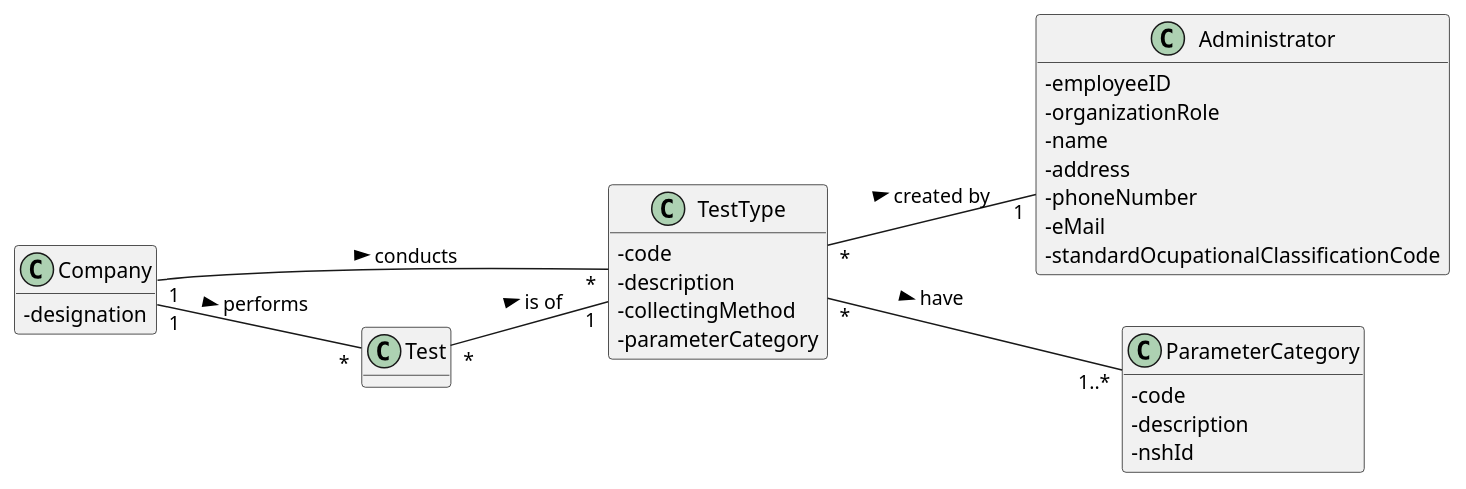
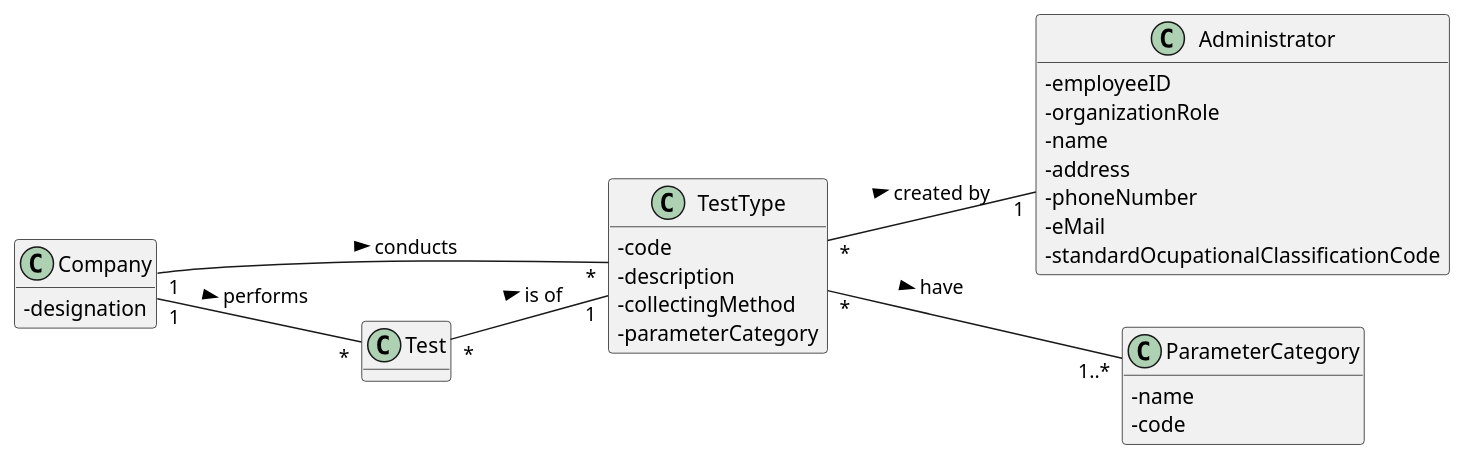
Before and after one commit to RuiRioPina/LAPR2-20-21: the diagram in docs/SprintB/US_9/UC9_MD.puml, drawn with PlantUML. The commit also changed 3 other files, not shown here.

```diff
--- a/docs/SprintB/US_9/UC9_MD.puml
+++ b/docs/SprintB/US_9/UC9_MD.puml
@@ -1,40 +1,39 @@
 @startuml
 skinparam classAttributeIconSize 0
 hide methods
 left to right direction
 
 class TestType {
   -code
   -description
   -collectingMethod
   -parameterCategory
 }
 
 class Company {
   -designation
 }
 
 class Test {
 }
 
 class Administrator {
   -employeeID
   -organizationRole
   -name
   -address
   -phoneNumber
   -eMail
   -standardOcupationalClassificationCode
 }
 
 class ParameterCategory {
+  -name
   -code
-  -description
-  -nshId
 }
 Company "1" -- "*" TestType : conducts >
 Test "*" -- "1" TestType : is of >
 Company "1" -- "*" Test : performs >
 TestType "*" -- "1" Administrator : created by >
 TestType "*" -- "1..*" ParameterCategory : have >
 @enduml
```
